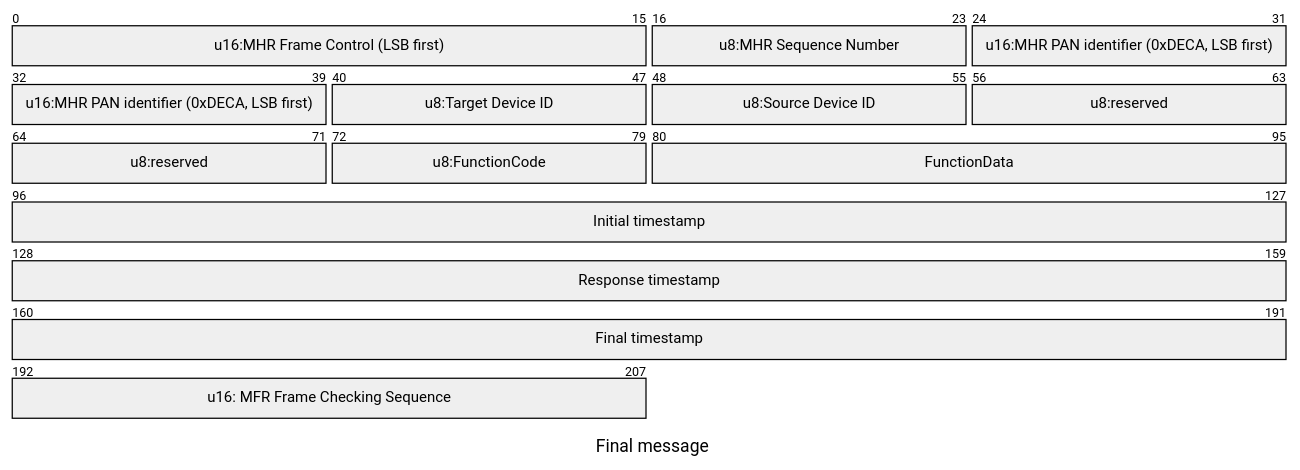
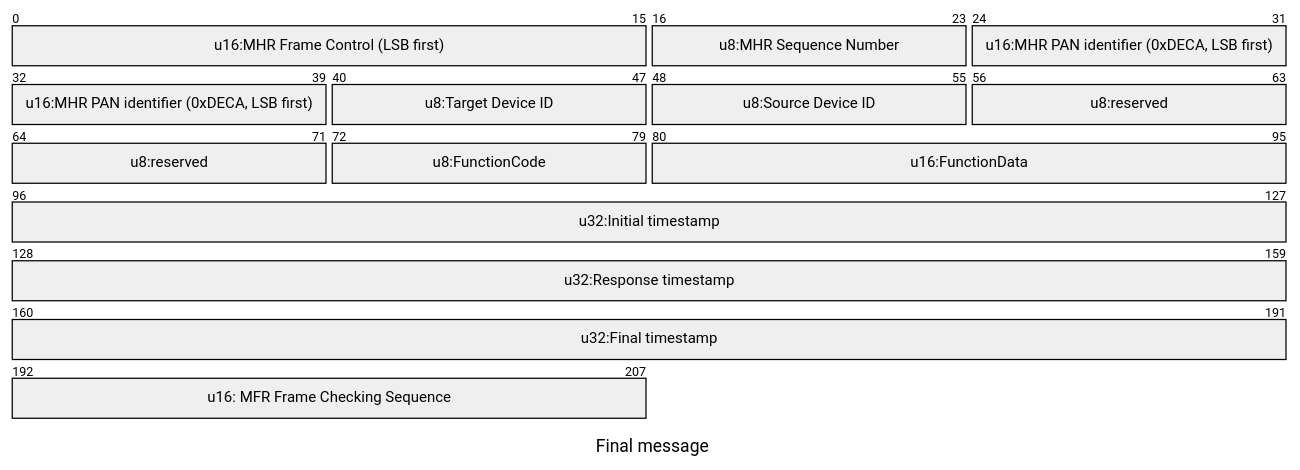
The fifth of 5 diagrams in doc/how-it-works.md (realzoulou/esphome-uwb-dw3000), drawn with Mermaid before and after one commit. The commit also changed other lines of this file, not shown here.

Commit message:
doc: How it works: Add FunctionCode/Data definitions

````diff
--- a/doc/how-it-works.md
+++ b/doc/how-it-works.md
@@ -147,23 +159,23 @@
 ```mermaid
 ---
 title: "Final message"
 config:
     packet:
         bitsPerRow: 32
         showBits: true
 ---
 packet-beta
 0-15: "u16:MHR Frame Control (LSB first)"
 16-23: "u8:MHR Sequence Number"
 24-39: "u16:MHR PAN identifier (0xDECA, LSB first)"
 40-47: "u8:Target Device ID"
 48-55: "u8:Source Device ID"
 56-63: "u8:reserved"
 64-71: "u8:reserved"
 72-79: "u8:FunctionCode"
-80-95: "FunctionData"
-96-127: "Initial timestamp"
-128-159: "Response timestamp"
-160-191: "Final timestamp"
+80-95: "u16:FunctionData"
+96-127: "u32:Initial timestamp"
+128-159: "u32:Response timestamp"
+160-191: "u32:Final timestamp"
 192-207: "u16: MFR Frame Checking Sequence"
 ```
````
